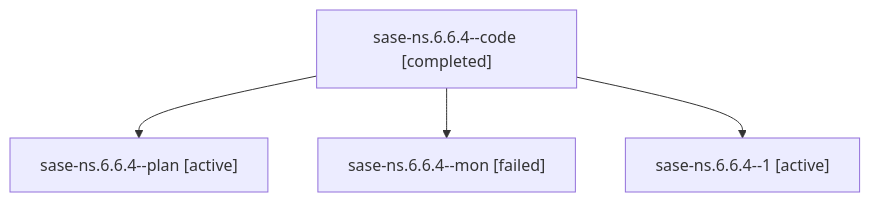
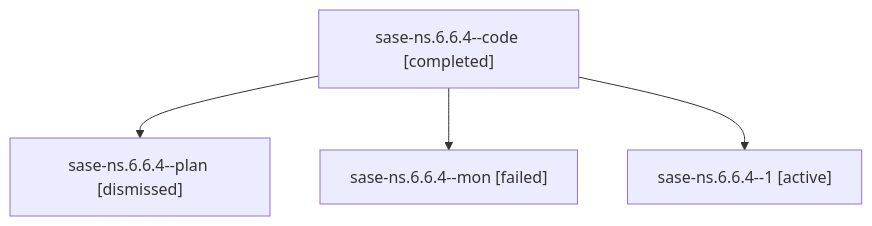
One commit to sase-org/sase--agents changed the diagram in sessions/bbugyi200.athena.sase-ns.6.6.4.md. Above: the diagram before and after it, drawn with Mermaid. The commit also changed other lines of this file and 219 other files, not shown here.

````diff
--- a/sessions/bbugyi200.athena.sase-ns.6.6.4.md
+++ b/sessions/bbugyi200.athena.sase-ns.6.6.4.md
@@ -9,10 +9,10 @@
 ```mermaid
 flowchart TD
   n0["sase-ns.6.6.4--code [completed]"]
-  n1["sase-ns.6.6.4--plan [active]"]
+  n1["sase-ns.6.6.4--plan [dismissed]"]
   n0 --> n1
   n2["sase-ns.6.6.4--mon [failed]"]
   n0 --> n2
   n3["sase-ns.6.6.4--1 [active]"]
   n0 --> n3
 ```
````
